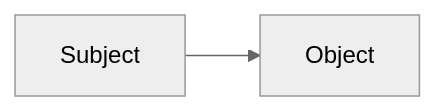
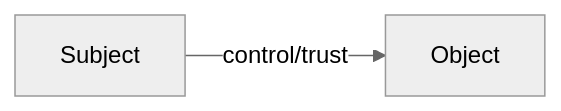
One commit to elliot-huffman/Secure-Standardized-Engineering changed the first of 2 diagrams in docs/Constants/Security/Principles/CleanSource.md. Above: the diagram before and after it, drawn with Mermaid (neutral theme). The commit also changed other lines of this file and 2 other files, not shown here.

````diff
--- a/docs/Constants/Security/Principles/CleanSource.md
+++ b/docs/Constants/Security/Principles/CleanSource.md
@@ -33,4 +35,4 @@
 ```mermaid
 flowchart LR
-    Subject["Subject"] --> Object["Object"]
+    Subject["Subject"] -- control/trust --> Object["Object"]
 ```
````
